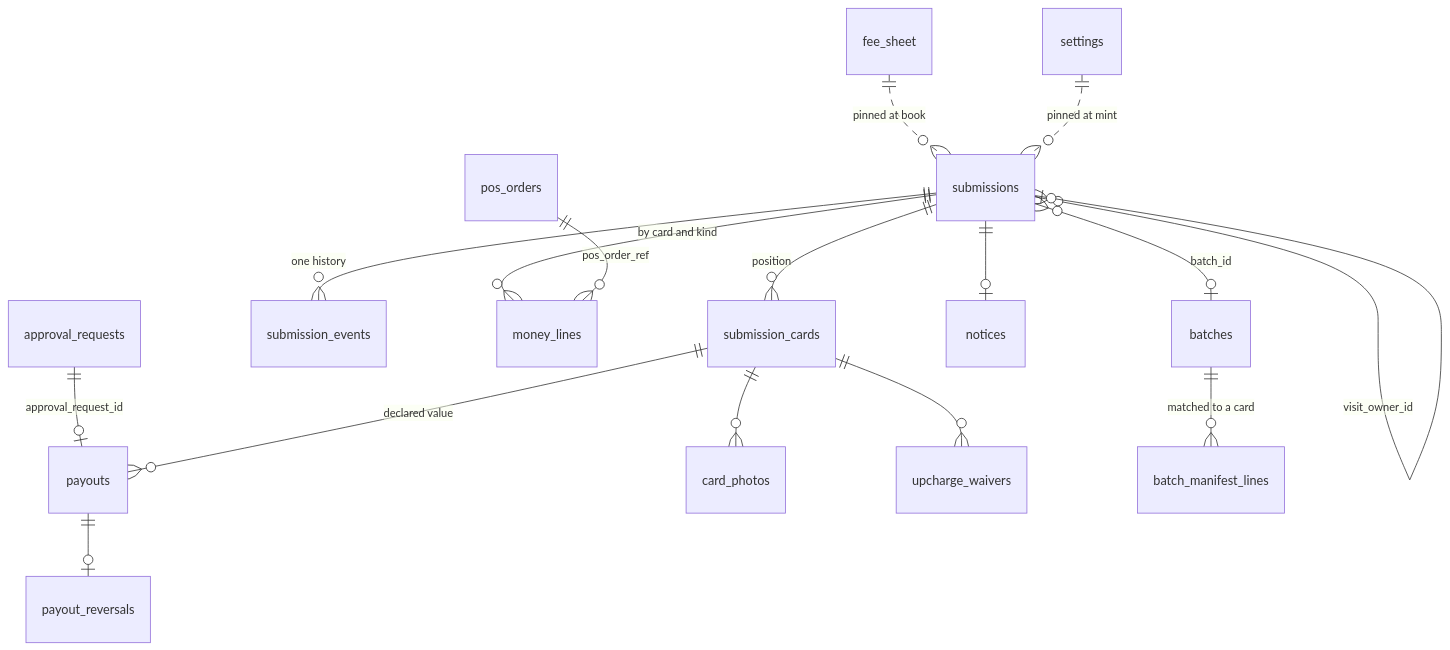
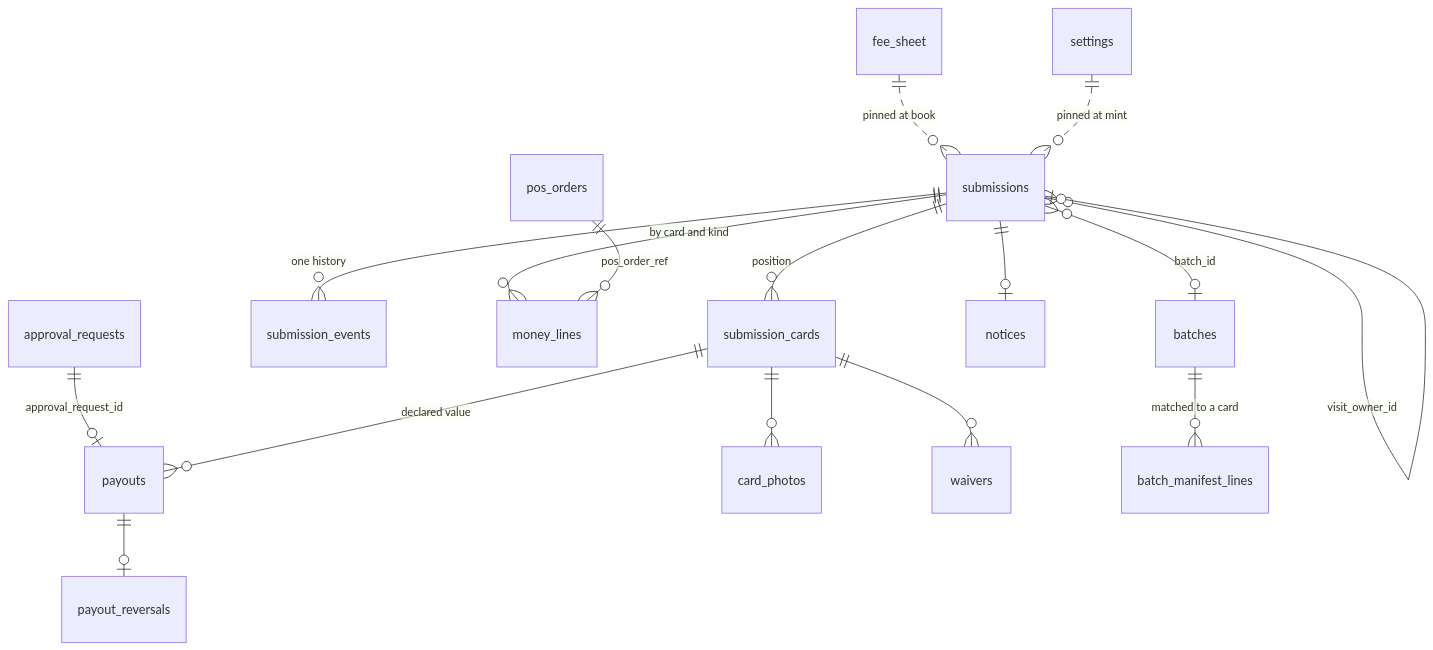
One commit to potzchan6969/grade10-spec changed the diagram in openspec/changes/add-card-grading/tech-design.md. Above: the diagram before and after it, drawn with Mermaid. The commit also changed other lines of this file and 13 other files, not shown here.

````diff
--- a/openspec/changes/add-card-grading/tech-design.md
+++ b/openspec/changes/add-card-grading/tech-design.md
@@ -932,18 +984,18 @@
 ```mermaid
 erDiagram
   submissions ||--o{ submission_cards : "position"
   submissions ||--o{ submission_events : "one history"
   submissions ||--o{ money_lines : "by card and kind"
   pos_orders ||--o{ money_lines : "pos_order_ref"
   approval_requests ||--o| payouts : "approval_request_id"
   submissions ||--o| notices : ""
   submissions }o--o| batches : "batch_id"
   submissions }o--o| submissions : "visit_owner_id"
   submission_cards ||--o{ card_photos : ""
   submission_cards ||--o{ payouts : "declared value"
-  submission_cards ||--o{ upcharge_waivers : ""
+  submission_cards ||--o{ waivers : ""
   payouts ||--o| payout_reversals : ""
   batches ||--o{ batch_manifest_lines : "matched to a card"
   fee_sheet ||..o{ submissions : "pinned at book"
   settings ||..o{ submissions : "pinned at mint"
 ```
````
